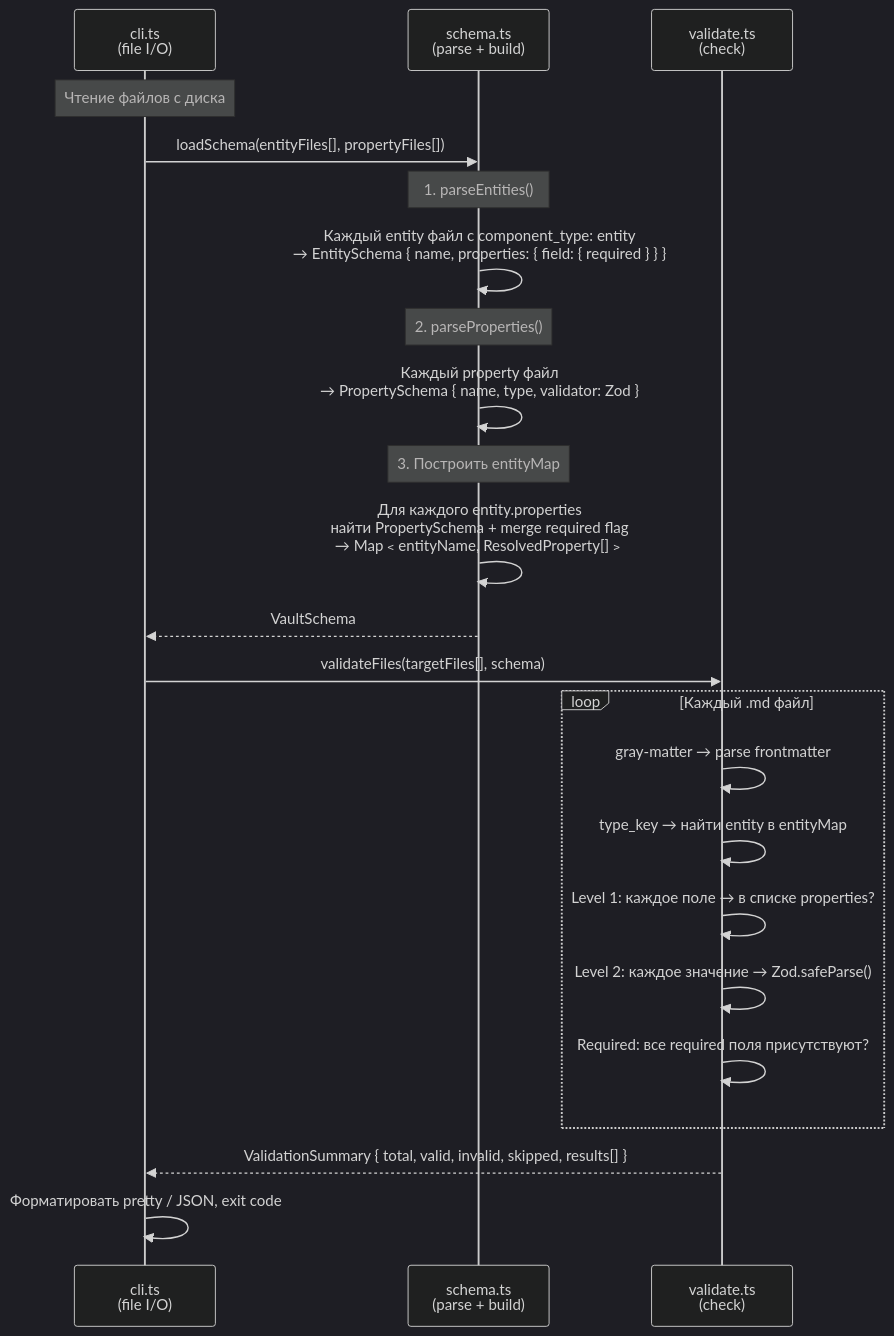
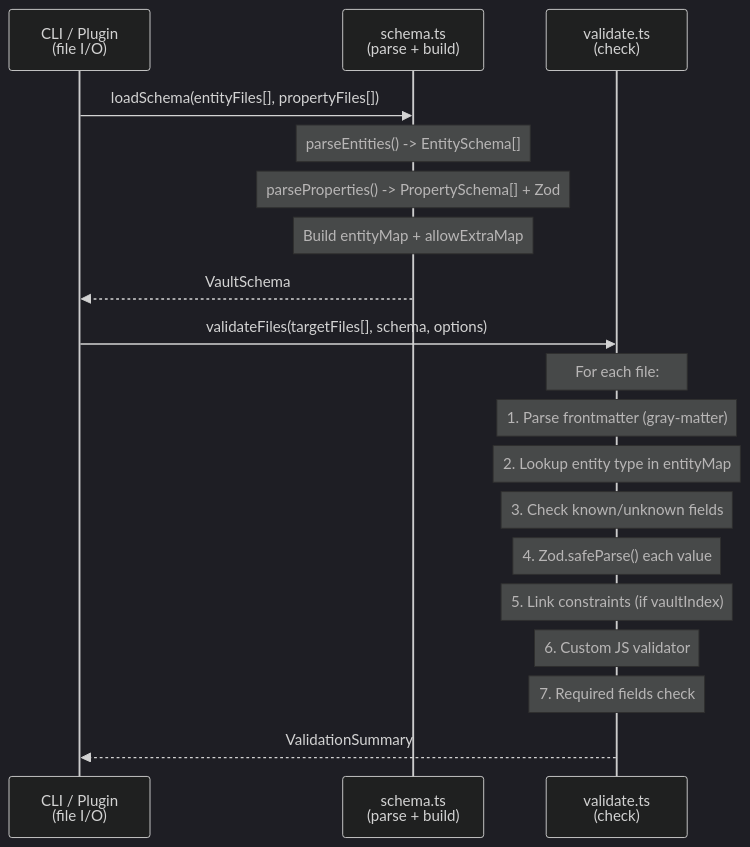
Before and after one commit to mishachepi/obsi-validate: the third of 4 diagrams in docs/architecture.md, drawn with Mermaid (dark theme). The commit also changed other lines of this file and 34 other files, not shown here.

Commit message:
feat: Property Validator plugin MVP — reactive validation, inheritance, auto-save

````diff
--- a/docs/architecture.md
+++ b/docs/architecture.md
@@ -52,33 +120,27 @@
 ```mermaid
 sequenceDiagram
-    participant CLI as cli.ts<br/>(file I/O)
+    participant IO as CLI / Plugin<br/>(file I/O)
     participant S as schema.ts<br/>(parse + build)
     participant V as validate.ts<br/>(check)
 
-    Note over CLI: Чтение файлов с диска
-    CLI->>S: loadSchema(entityFiles[], propertyFiles[])
+    IO->>S: loadSchema(entityFiles[], propertyFiles[])
 
-    Note over S: 1. parseEntities()
-    S->>S: Каждый entity файл с component_type: entity<br/>→ EntitySchema { name, properties: { field: { required } } }
+    Note over S: parseEntities() -> EntitySchema[]
+    Note over S: parseProperties() -> PropertySchema[] + Zod
+    Note over S: Build entityMap + allowExtraMap
 
-    Note over S: 2. parseProperties()
-    S->>S: Каждый property файл<br/>→ PropertySchema { name, type, validator: Zod }
+    S-->>IO: VaultSchema
 
-    Note over S: 3. Построить entityMap
-    S->>S: Для каждого entity.properties<br/>найти PropertySchema + merge required flag<br/>→ Map﹤entityName, ResolvedProperty[]﹥
+    IO->>V: validateFiles(targetFiles[], schema, options)
 
-    S-->>CLI: VaultSchema
+    Note over V: For each file:
+    Note over V: 1. Parse frontmatter (gray-matter)
+    Note over V: 2. Lookup entity type in entityMap
+    Note over V: 3. Check known/unknown fields
+    Note over V: 4. Zod.safeParse() each value
+    Note over V: 5. Link constraints (if vaultIndex)
+    Note over V: 6. Custom JS validator
+    Note over V: 7. Required fields check
 
-    CLI->>V: validateFiles(targetFiles[], schema)
-
-    loop Каждый .md файл
-        V->>V: gray-matter → parse frontmatter
-        V->>V: type_key → найти entity в entityMap
-        V->>V: Level 1: каждое поле → в списке properties?
-        V->>V: Level 2: каждое значение → Zod.safeParse()
-        V->>V: Required: все required поля присутствуют?
-    end
-
-    V-->>CLI: ValidationSummary { total, valid, invalid, skipped, results[] }
-    CLI->>CLI: Форматировать pretty / JSON, exit code
+    V-->>IO: ValidationSummary
 ```
````
